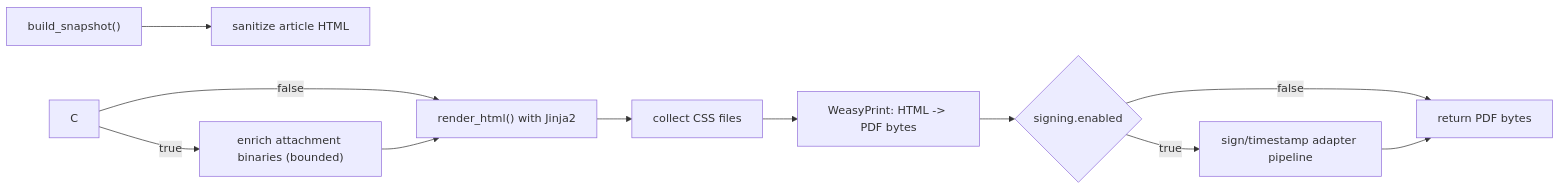
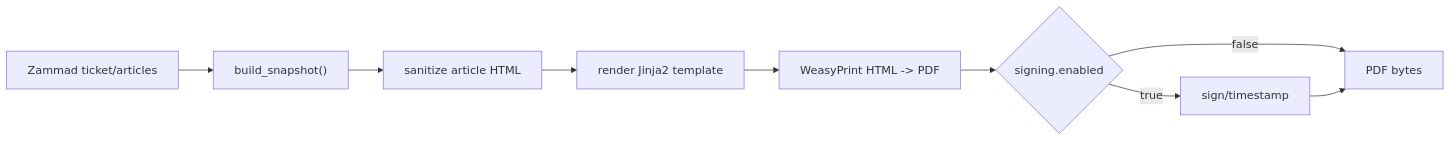
One commit to sebastianspicker/chronikwerk changed the diagram in docs/05-pdf-rendering.md. Above: the diagram before and after it, drawn with Mermaid. The commit also changed other lines of this file and 187 other files, not shown here.

````diff
--- a/docs/05-pdf-rendering.md
+++ b/docs/05-pdf-rendering.md
@@ -7,13 +8,11 @@
 ```mermaid
 flowchart LR
-  A["build_snapshot()"] --> B["sanitize article HTML"]
-  C -->|"false"| D["render_html() with Jinja2"]
-  C -->|"true"| E["enrich attachment binaries (bounded)"]
-  E --> D
-  D --> F["collect CSS files"]
-  F --> G["WeasyPrint: HTML -> PDF bytes"]
-  G --> H{"signing.enabled"}
-  H -->|"false"| I["return PDF bytes"]
-  H -->|"true"| J["sign/timestamp adapter pipeline"]
-  J --> I
+  A["Zammad ticket/articles"] --> B["build_snapshot()"]
+  B --> C["sanitize article HTML"]
+  C --> D["render Jinja2 template"]
+  D --> E["WeasyPrint HTML -> PDF"]
+  E --> F{"signing.enabled"}
+  F -->|"false"| G["PDF bytes"]
+  F -->|"true"| H["sign/timestamp"]
+  H --> G
 ```
````
